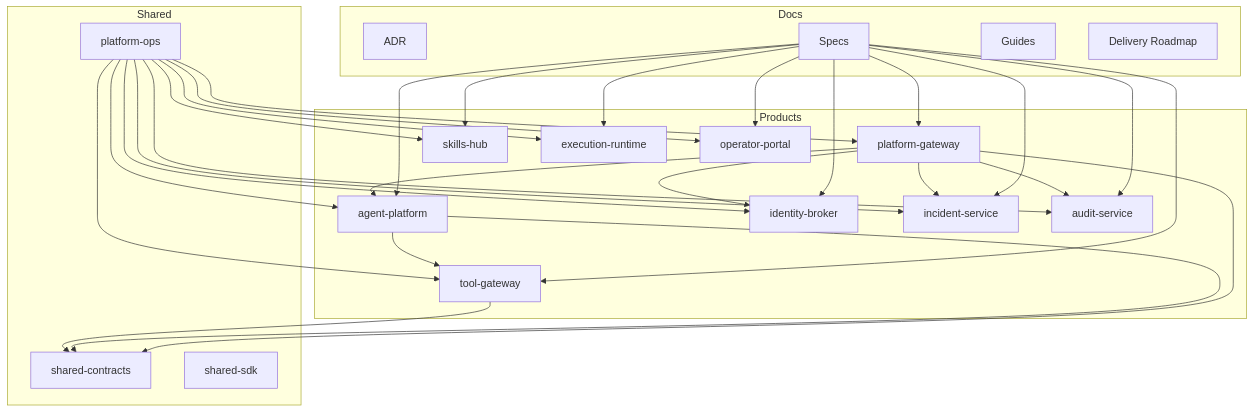
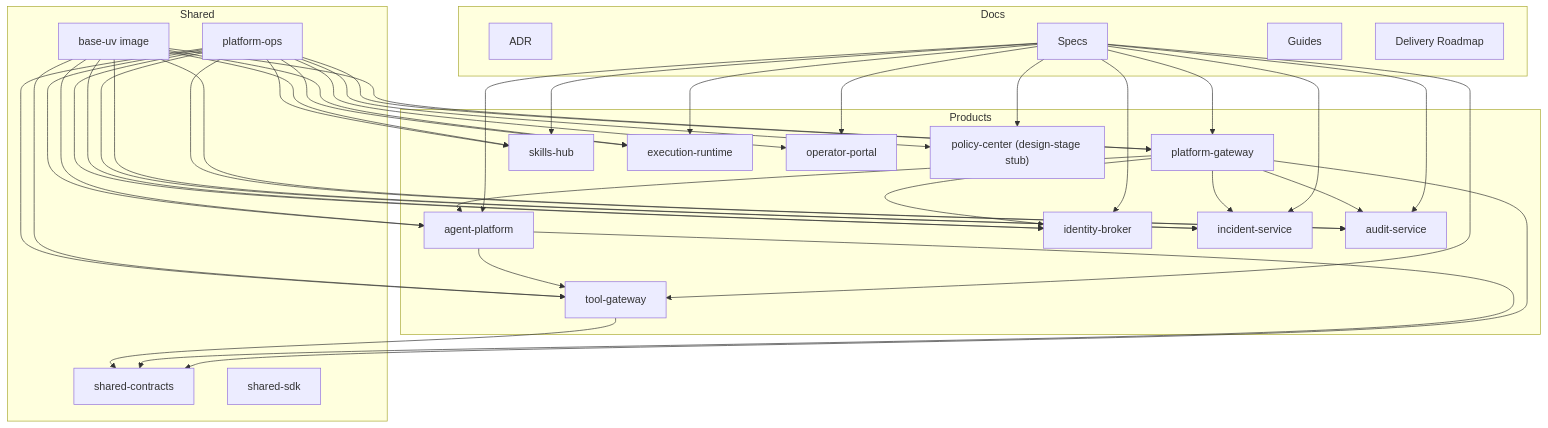
Before and after one commit to alainlei/luban-aiops: the first of 7 diagrams in .qoder/repowiki/en/content/Platform Overview/Platform Overview.md, drawn with Mermaid. The commit also changed other lines of this file and 24 other files, not shown here.

````diff
--- a/.qoder/repowiki/en/content/Platform Overview/Platform Overview.md
+++ b/.qoder/repowiki/en/content/Platform Overview/Platform Overview.md
@@ -57,51 +63,63 @@
 ```mermaid
 graph TB
 subgraph "Products"
 AP["agent-platform"]
 PG["platform-gateway"]
 TG["tool-gateway"]
 IB["identity-broker"]
 SH["skills-hub"]
 IS["incident-service"]
 AUD["audit-service"]
 ER["execution-runtime"]
 OP["operator-portal"]
+PC["policy-center (design-stage stub)"]
 end
 subgraph "Shared"
 SC["shared-contracts"]
 SDK["shared-sdk"]
 OPS["platform-ops"]
+BI["base-uv image"]
 end
 subgraph "Docs"
 ADR["ADR"]
 SPEC["Specs"]
 GUIDES["Guides"]
 ROADMAP["Delivery Roadmap"]
 end
 AP --> TG
 PG --> AP
 PG --> IB
 PG --> AUD
 PG --> IS
 TG --> SC
 AP --> SC
 PG --> SC
 OPS --> AP
 OPS --> PG
 OPS --> TG
 OPS --> IB
 OPS --> SH
 OPS --> IS
 OPS --> AUD
 OPS --> ER
 OPS --> OP
+OPS --> PC
 SPEC --> AP
 SPEC --> PG
 SPEC --> TG
 SPEC --> IB
 SPEC --> SH
 SPEC --> IS
 SPEC --> AUD
 SPEC --> ER
 SPEC --> OP
+SPEC --> PC
+BI --> AP
+BI --> PG
+BI --> TG
+BI --> IB
+BI --> SH
+BI --> IS
+BI --> AUD
+BI --> ER
 ```
````
